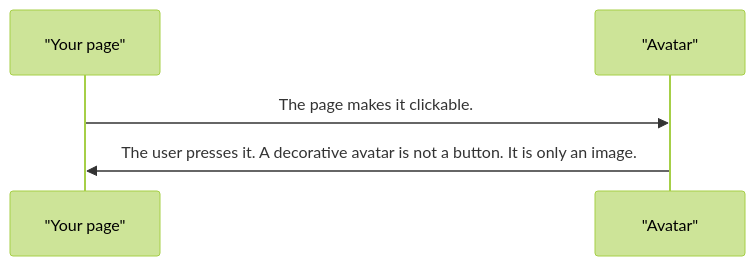
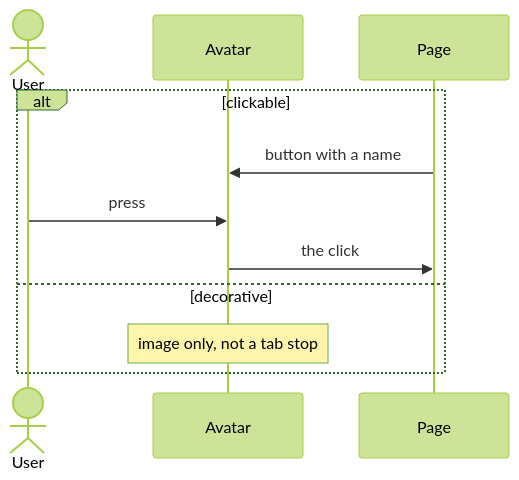
The third of 4 diagrams in projects/pixel-ui/src/lib/pixel-avatar/DESIGN.md (RajshekharBorate/pixel-ui), drawn with Mermaid (forest theme) before and after one commit. The commit also changed other lines of this file and 73 other files, not shown here.

Commit message:
Explain who owns each value and what each flow does in every component and service design.

````diff
--- a/projects/pixel-ui/src/lib/pixel-avatar/DESIGN.md
+++ b/projects/pixel-ui/src/lib/pixel-avatar/DESIGN.md
@@ -68,7 +88,13 @@
 ```mermaid
 sequenceDiagram
-  participant page as "Your page"
-  participant avatar as "Avatar"
-  page->>avatar: The page makes it clickable.
-  avatar->>page: The user presses it. A decorative avatar is not a button. It is only an image.
+  actor User
+  participant Avatar
+  participant Page
+  alt clickable
+    Page->>Avatar: button with a name
+    User->>Avatar: press
+    Avatar->>Page: the click
+  else decorative
+    Note over Avatar: image only, not a tab stop
+  end
 ```
````
